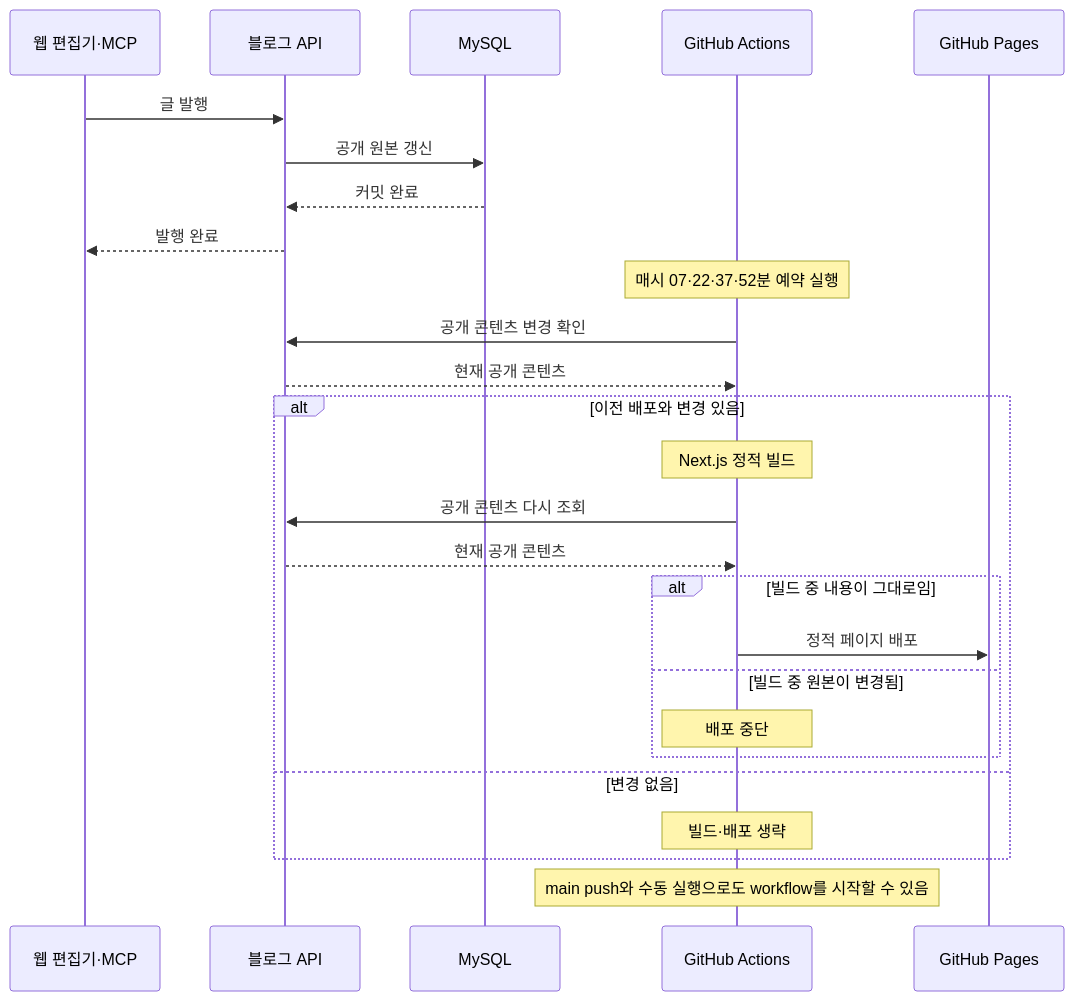
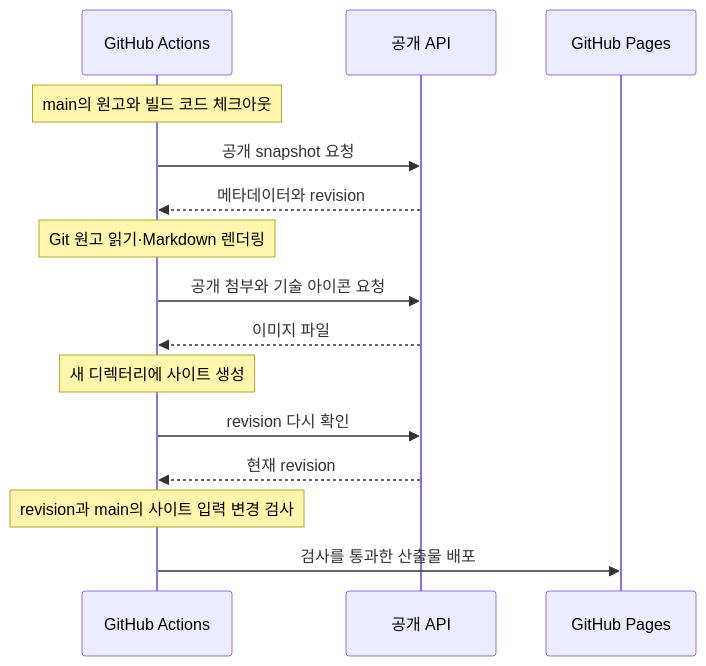
The third of 3 diagrams in content/posts/doc-340352c9-5fde-4bae-bc0b-4ecd744719a8.md (gjaku1031/ken-blog), drawn with Mermaid before and after one commit. The commit also changed other lines of this file and 1 other file, not shown here.

Commit message:
docs: refresh ken.blog requirements and architecture articles

````diff
--- a/content/posts/doc-340352c9-5fde-4bae-bc0b-4ecd744719a8.md
+++ b/content/posts/doc-340352c9-5fde-4bae-bc0b-4ecd744719a8.md
@@ -92,32 +135,18 @@
 ```mermaid
 sequenceDiagram
-  participant Editor as 웹 편집기·MCP
-  participant API as 블로그 API
-  participant DB as MySQL
-  participant Actions as GitHub Actions
+  participant Build as GitHub Actions
+  participant API as 공개 API
   participant Pages as GitHub Pages
 
-  Editor->>API: 글 발행
-  API->>DB: 공개 원본 갱신
-  DB-->>API: 커밋 완료
-  API-->>Editor: 발행 완료
-
-  Note over Actions: 매시 07·22·37·52분 예약 실행
-  Actions->>API: 공개 콘텐츠 변경 확인
-  API-->>Actions: 현재 공개 콘텐츠
-
-  alt 이전 배포와 변경 있음
-    Note over Actions: Next.js 정적 빌드
-    Actions->>API: 공개 콘텐츠 다시 조회
-    API-->>Actions: 현재 공개 콘텐츠
-    alt 빌드 중 내용이 그대로임
-      Actions->>Pages: 정적 페이지 배포
-    else 빌드 중 원본이 변경됨
-      Note over Actions: 배포 중단
-    end
-  else 변경 없음
-    Note over Actions: 빌드·배포 생략
-  end
-
-  Note over Actions: main push와 수동 실행으로도 workflow를 시작할 수 있음
+  Note over Build: main의 원고와 빌드 코드 체크아웃
+  Build->>API: 공개 snapshot 요청
+  API-->>Build: 메타데이터와 revision
+  Note over Build: Git 원고 읽기·Markdown 렌더링
+  Build->>API: 공개 첨부와 기술 아이콘 요청
+  API-->>Build: 이미지 파일
+  Note over Build: 새 디렉터리에 사이트 생성
+  Build->>API: revision 다시 확인
+  API-->>Build: 현재 revision
+  Note over Build: revision과 main의 사이트 입력 변경 검사
+  Build->>Pages: 검사를 통과한 산출물 배포
 ```
````
